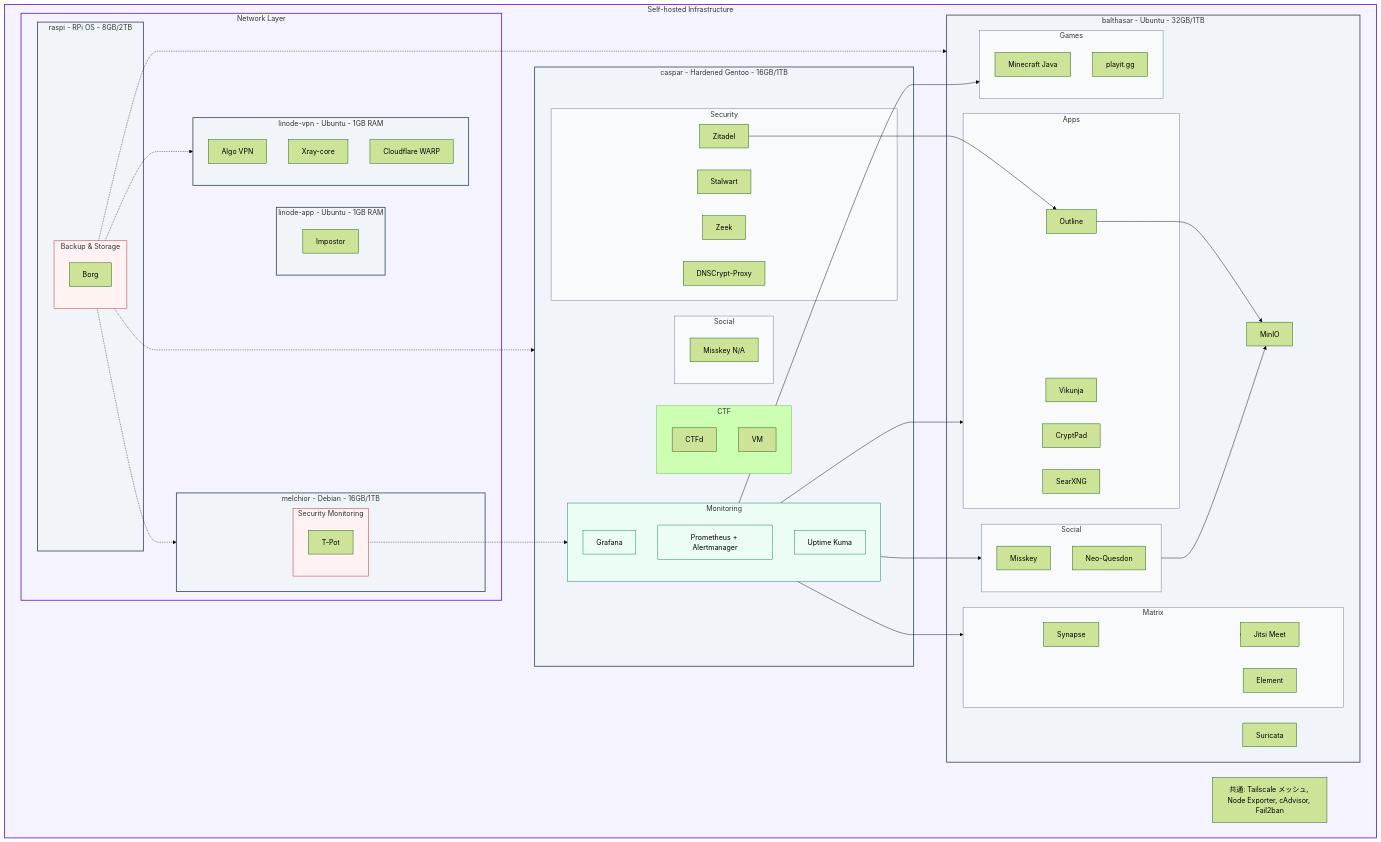
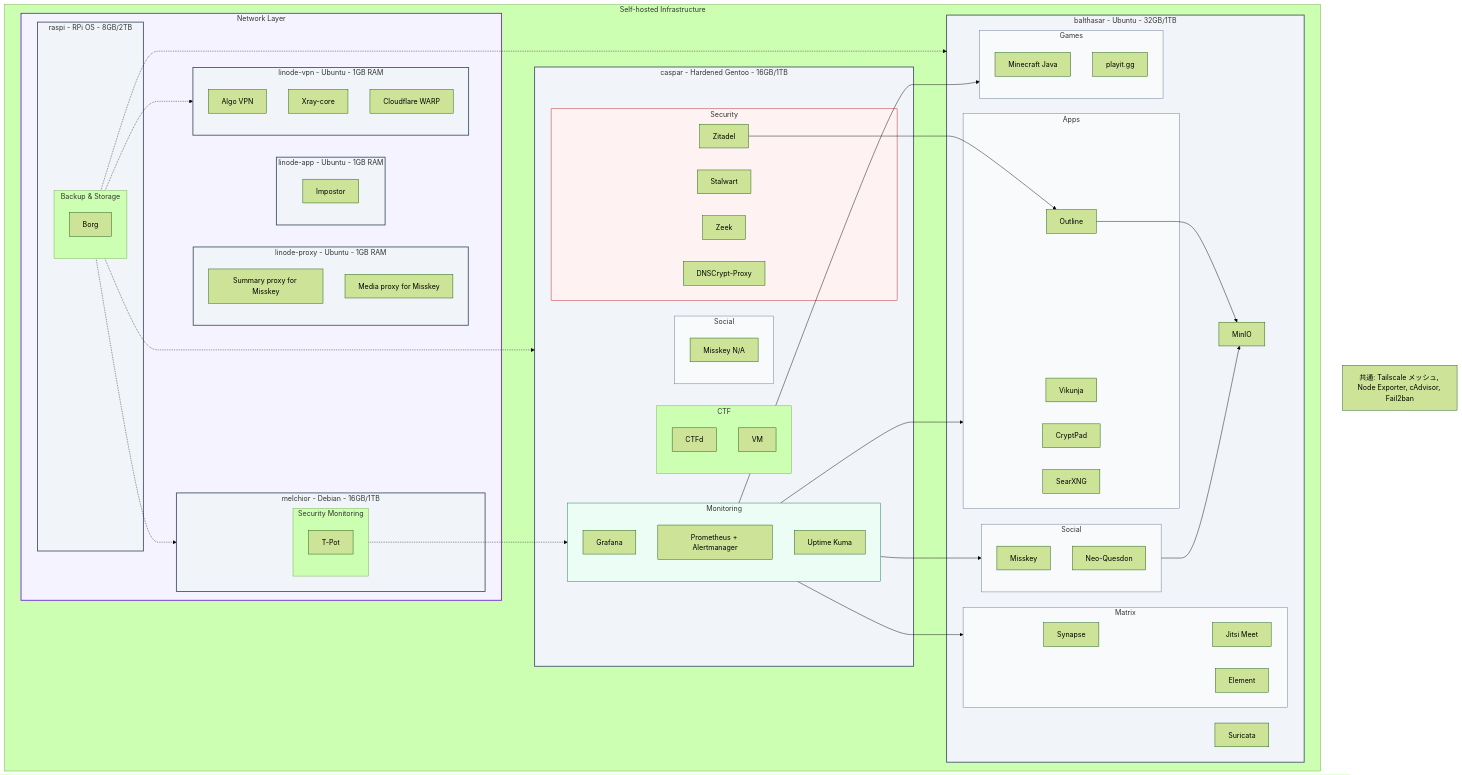
One commit to yamisskey-dev/hosted-list changed the diagram in README.md. Above: the diagram before and after it, drawn with Mermaid (forest theme).

````diff
--- a/README.md
+++ b/README.md
@@ -8,7 +8,6 @@
 classDef monitoring fill:#ecfdf5,stroke:#047857,stroke-width:1px
 classDef security fill:#fef2f2,stroke:#b91c1c,stroke-width:1px
 classDef network fill:#f5f3ff,stroke:#6d28d9,stroke-width:2px
-
 subgraph tailscale[Self-hosted Infrastructure]
     subgraph network_layer[Network Layer]
         subgraph linode_vpn["linode-vpn - Ubuntu - 1GB RAM"]
@@ -16,11 +15,13 @@
             xray[Xray-core]
             warp[Cloudflare WARP]
         end
-
+        subgraph linode_proxy["linode-proxy - Ubuntu - 1GB RAM"]
+            summaryproxy[Summary proxy for Misskey]
+            mediaproxy[Media proxy for Misskey]
+        end
         subgraph linode_app["linode-app - Ubuntu - 1GB RAM"]
             impostor[Impostor]
         end
-        
         subgraph raspi[raspi - RPi OS - 8GB/2TB]
             subgraph backup[Backup & Storage]
                 borgbackup[Borg]
@@ -78,6 +79,7 @@
             playig[playit.gg]
         end
     end
+end
 
 %% Dependencies
 zitadel --> outline
@@ -87,15 +89,13 @@
 social --> minio
 outline --> minio
 matrix --> jitsi
-
 %% Note
 note["共通: Tailscale メッシュ, Node Exporter, cAdvisor, Fail2ban"]
-end
 
 %% Apply styles
-class caspar,balthasar,melchior,linode_vpn,linode_app,raspi homeServer
+class caspar,balthasar,melchior,linode_vpn,linode_proxy,linode_app,raspi homeServer
 class security,social,social_caspar,matrix,apps,games service
-class monitoring,prometheus,grafana,uptime monitoring
-class nsm,backup security
-class tailscale,network_layer network
+class monitoring monitoring
+class security security
+class network_layer network
 ```
````
